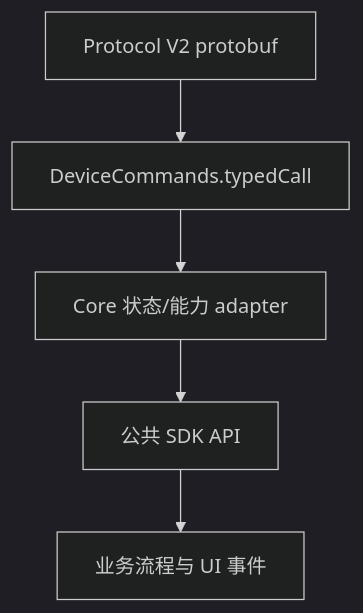
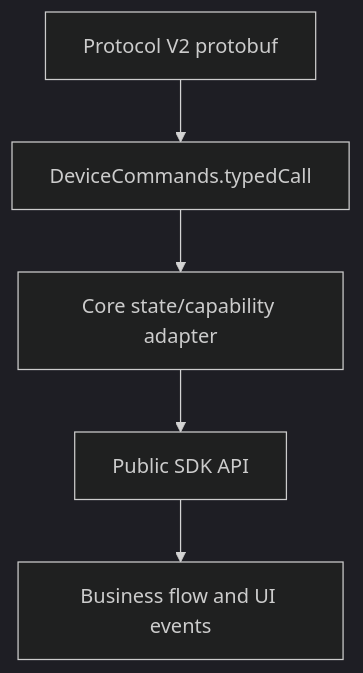
One commit to OneKeyHQ/hardware-js-sdk changed the diagram in docs/sdk/core-runtime.md. Above: the diagram before and after it, drawn with Mermaid (dark theme). The commit also changed other lines of this file and 13 other files, not shown here.

````diff
--- a/docs/sdk/core-runtime.md
+++ b/docs/sdk/core-runtime.md
@@ -16,7 +16,7 @@
 ```mermaid
 flowchart TD
   Proto["Protocol V2 protobuf"] --> Commands["DeviceCommands.typedCall"]
-  Commands --> Adapter["Core 状态/能力 adapter"]
-  Adapter --> API["公共 SDK API"]
-  API --> Business["业务流程与 UI 事件"]
+  Commands --> Adapter["Core state/capability adapter"]
+  Adapter --> API["Public SDK API"]
+  API --> Business["Business flow and UI events"]
 ```
````
